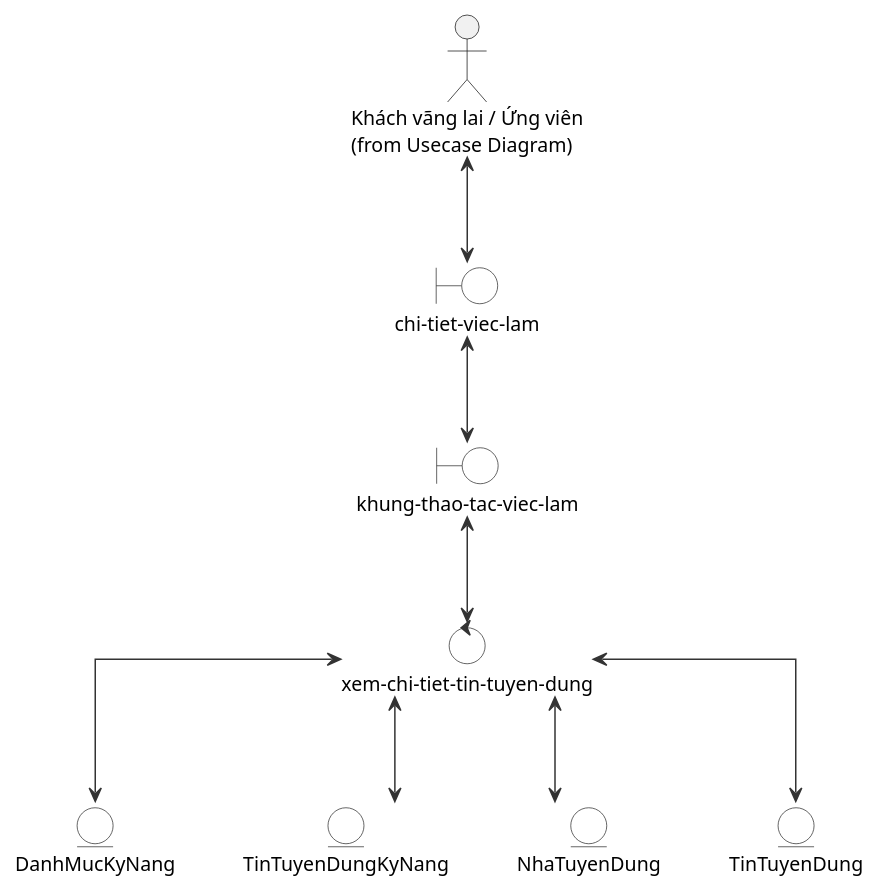
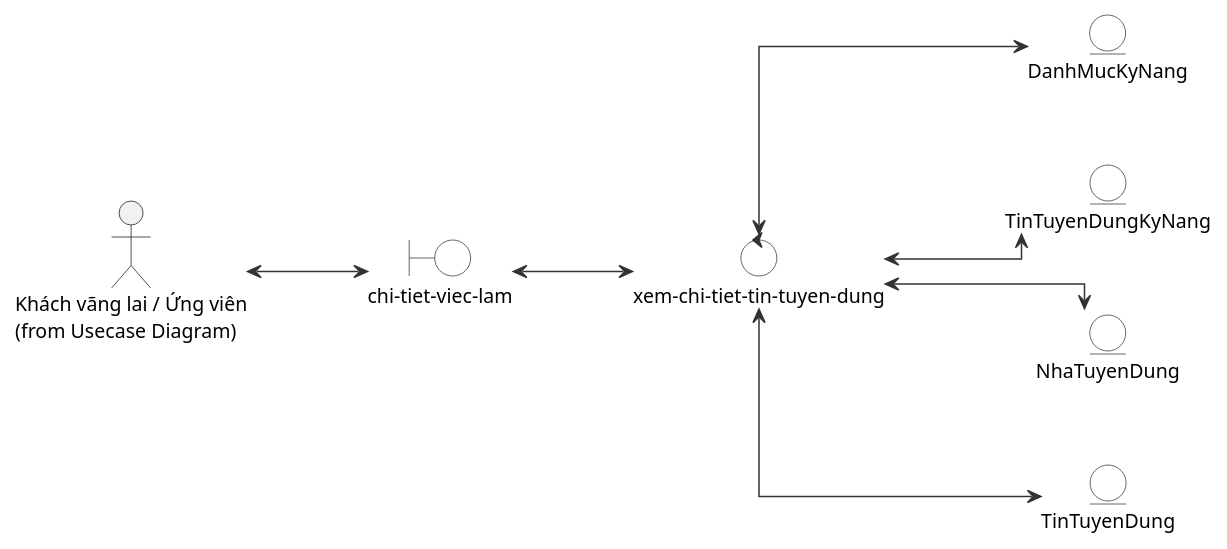
The diagram in docs/so-do/04-robustness/05-robustness-xem-chi-tiet-tin-tuyen-dung.puml (hole-six/DoAn), drawn with PlantUML before and after one commit. The commit also changed 24 other files, not shown here.

```diff
--- a/docs/so-do/04-robustness/05-robustness-xem-chi-tiet-tin-tuyen-dung.puml
+++ b/docs/so-do/04-robustness/05-robustness-xem-chi-tiet-tin-tuyen-dung.puml
@@ -1,59 +1,57 @@
 @startuml
 skinparam defaultFontName "Segoe UI"
 skinparam defaultFontSize 13
 skinparam shadowing false
 skinparam linetype ortho
-skinparam nodesep 45
-skinparam ranksep 70
-top to bottom direction
+skinparam nodesep 50
+skinparam ranksep 80
+left to right direction
 skinparam actorStyle stick
 skinparam roundcorner 8
 skinparam ArrowColor #333333
 skinparam rectangleBorderColor #333333
 skinparam boundary {
   BackgroundColor White
   BorderColor #333333
 }
 skinparam control {
   BackgroundColor White
   BorderColor #333333
 }
 skinparam entity {
   BackgroundColor White
   BorderColor #333333
 }
 
 actor "Khách vãng lai / Ứng viên\n(from Usecase Diagram)" as Actor
 
-' ── Lớp boundary (màn hình) ──
+' ── Lớp boundary ──
 together {
   boundary "chi-tiet-viec-lam" as UI
-  boundary "khung-thao-tac-viec-lam" as Form
 }
 
-' ── Lớp control (xử lý) ──
+' ── Lớp control ──
 together {
   control "xem-chi-tiet-tin-tuyen-dung" as Controller
 }
 
-' ── Lớp entity (dữ liệu) ──
+' ── Lớp entity ──
 together {
   entity "TinTuyenDung" as TinTuyenDung
   entity "NhaTuyenDung" as NhaTuyenDung
   entity "TinTuyenDungKyNang" as TinTuyenDungKyNang
   entity "DanhMucKyNang" as DanhMucKyNang
 }
 
-' ── Quan hệ actor ↔ boundary ──
 Actor <--> UI
+UI <--> Controller
 
-' ── boundary ↔ boundary / control ──
-UI <--> Form
-Form <--> Controller
-
-' ── control ↔ entity ──
 Controller <--> TinTuyenDung
 Controller <--> NhaTuyenDung
 Controller <--> TinTuyenDungKyNang
 Controller <--> DanhMucKyNang
+
+TinTuyenDung -[hidden]right-> NhaTuyenDung
+NhaTuyenDung -[hidden]right-> TinTuyenDungKyNang
+TinTuyenDungKyNang -[hidden]right-> DanhMucKyNang
 @enduml
```
